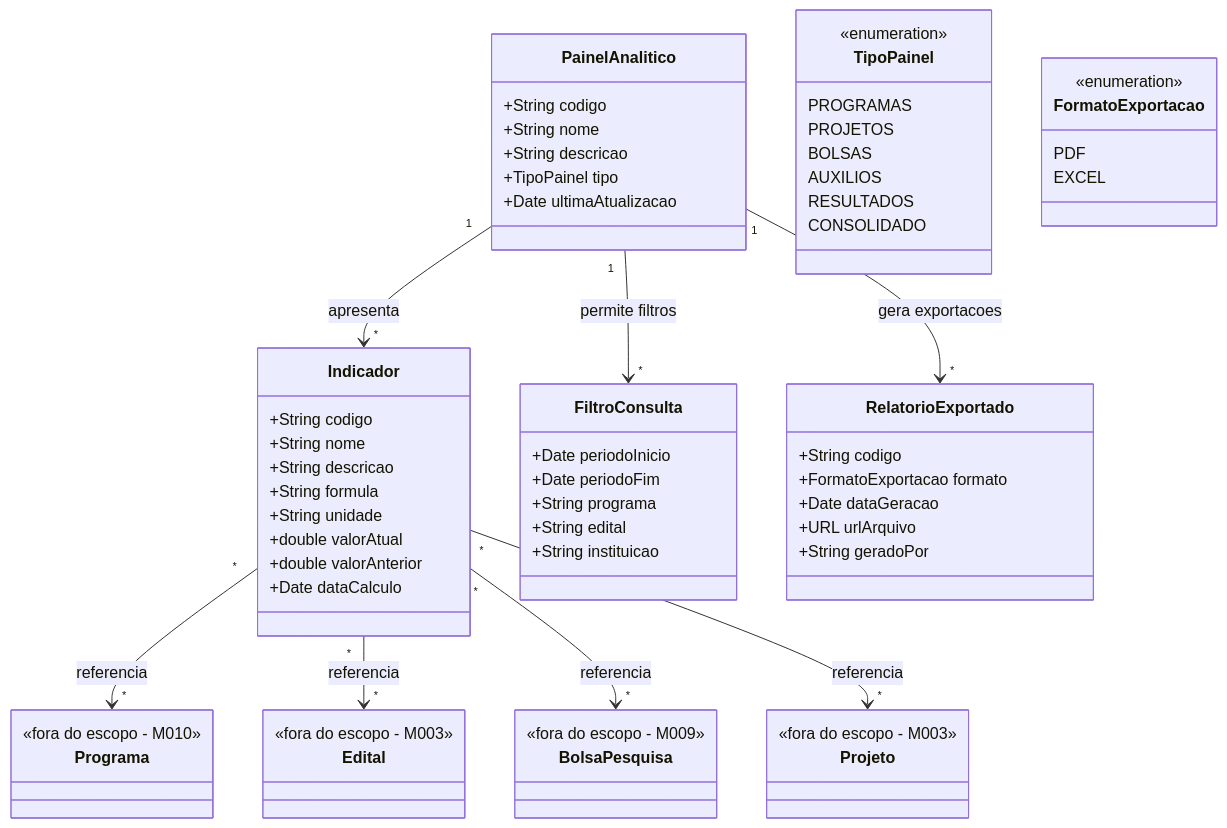
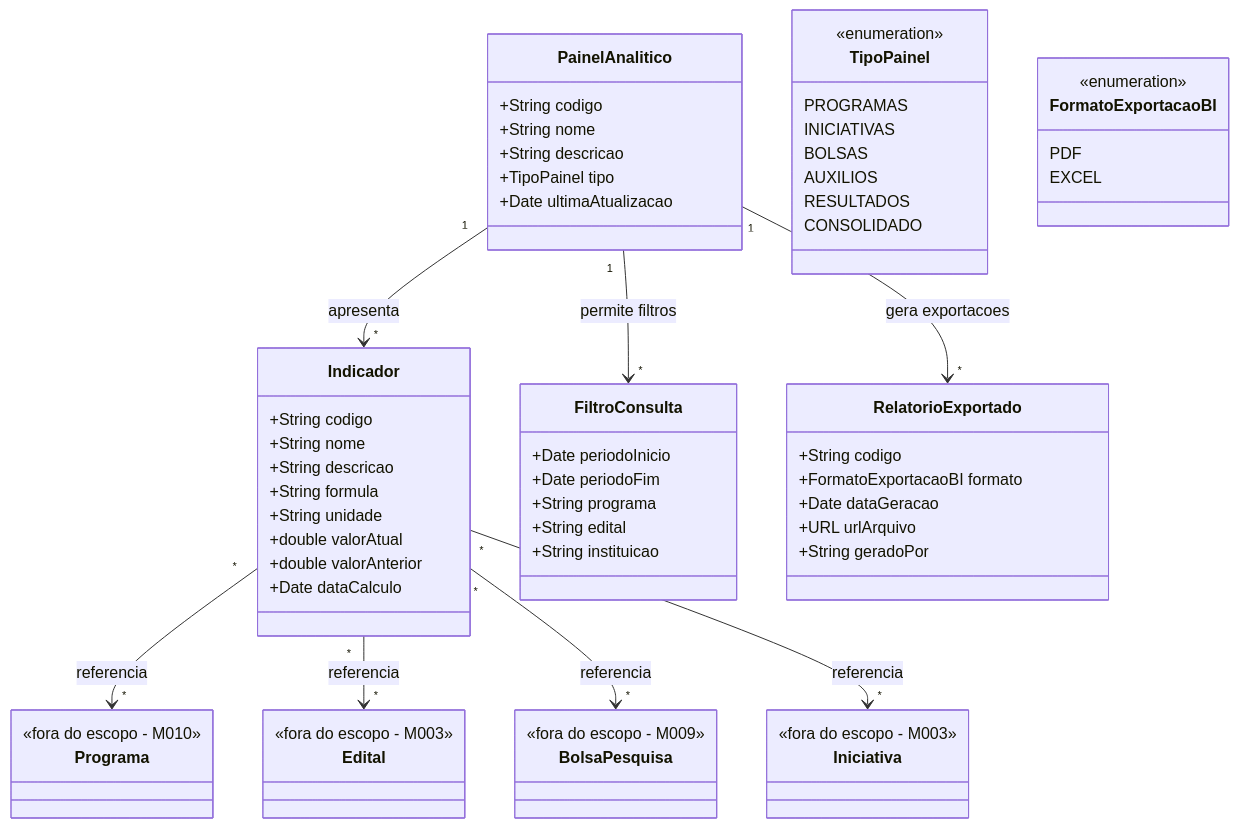
One commit to Czzped/conecta-fapes-teste changed the diagram in docs/implementation/modules/M018-business-intelligence/modelo-estrutural.md. Above: the diagram before and after it, drawn with Mermaid. The commit also changed other lines of this file and 111 other files, not shown here.

````diff
--- a/docs/implementation/modules/M018-business-intelligence/modelo-estrutural.md
+++ b/docs/implementation/modules/M018-business-intelligence/modelo-estrutural.md
@@ -7,79 +7,79 @@
 ```mermaid
 classDiagram
     direction TB
 
     class PainelAnalitico {
         +String codigo
         +String nome
         +String descricao
         +TipoPainel tipo
         +Date ultimaAtualizacao
     }
 
     class TipoPainel {
         <<enumeration>>
         PROGRAMAS
-        PROJETOS
+        INICIATIVAS
         BOLSAS
         AUXILIOS
         RESULTADOS
         CONSOLIDADO
     }
 
     class Indicador {
         +String codigo
         +String nome
         +String descricao
         +String formula
         +String unidade
         +double valorAtual
         +double valorAnterior
         +Date dataCalculo
     }
 
     class FiltroConsulta {
         +Date periodoInicio
         +Date periodoFim
         +String programa
         +String edital
         +String instituicao
     }
 
     class RelatorioExportado {
         +String codigo
-        +FormatoExportacao formato
+        +FormatoExportacaoBI formato
         +Date dataGeracao
         +URL urlArquivo
         +String geradoPor
     }
 
-    class FormatoExportacao {
+    class FormatoExportacaoBI {
         <<enumeration>>
         PDF
         EXCEL
     }
 
     class Programa {
         <<fora do escopo - M010>>
     }
 
     class Edital {
         <<fora do escopo - M003>>
     }
 
     class BolsaPesquisa {
         <<fora do escopo - M009>>
     }
 
-    class Projeto {
+    class Iniciativa {
         <<fora do escopo - M003>>
     }
 
     PainelAnalitico "1" --> "*" Indicador : apresenta
     PainelAnalitico "1" --> "*" FiltroConsulta : permite filtros
     PainelAnalitico "1" --> "*" RelatorioExportado : gera exportacoes
     Indicador "*" --> "*" Programa : referencia
     Indicador "*" --> "*" Edital : referencia
     Indicador "*" --> "*" BolsaPesquisa : referencia
-    Indicador "*" --> "*" Projeto : referencia
+    Indicador "*" --> "*" Iniciativa : referencia
 ```
````
